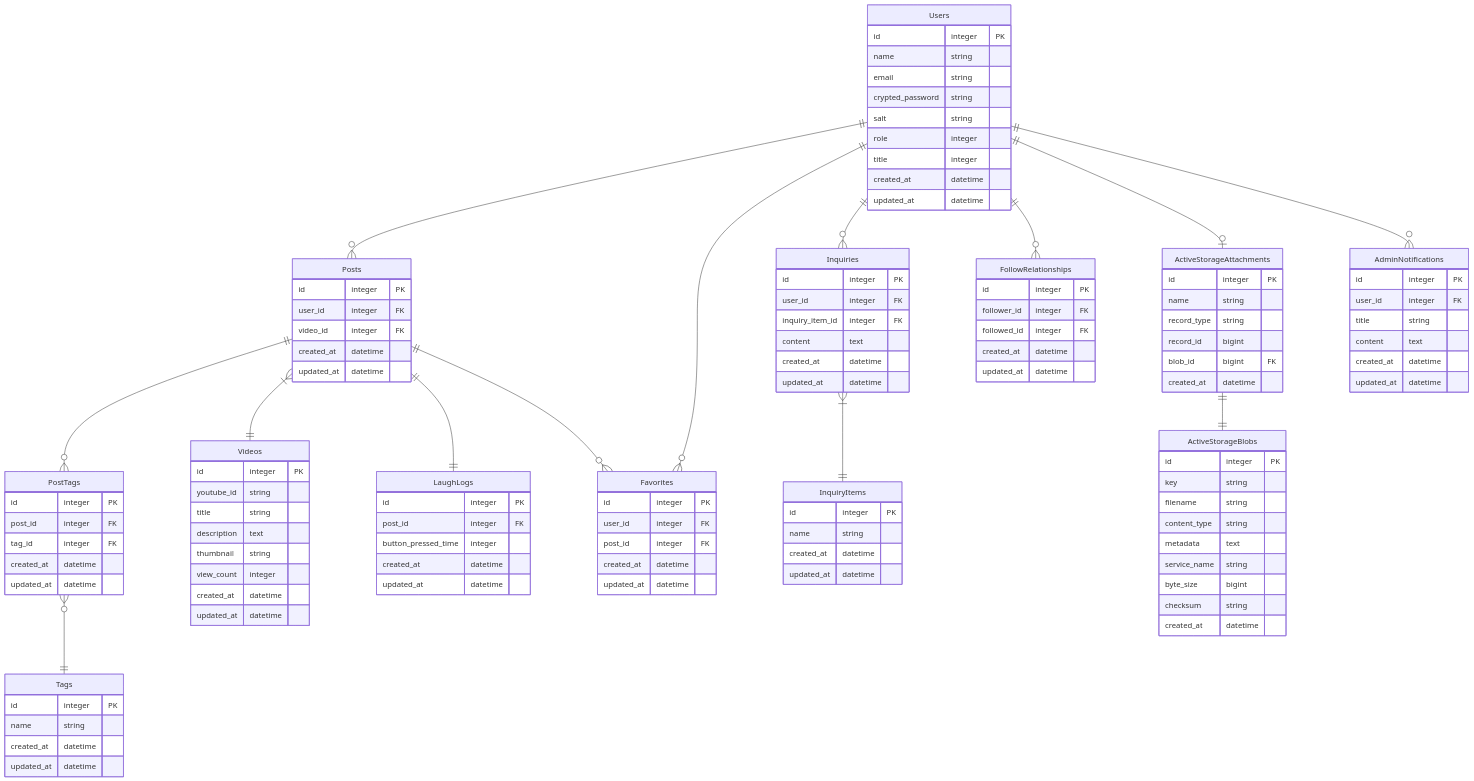
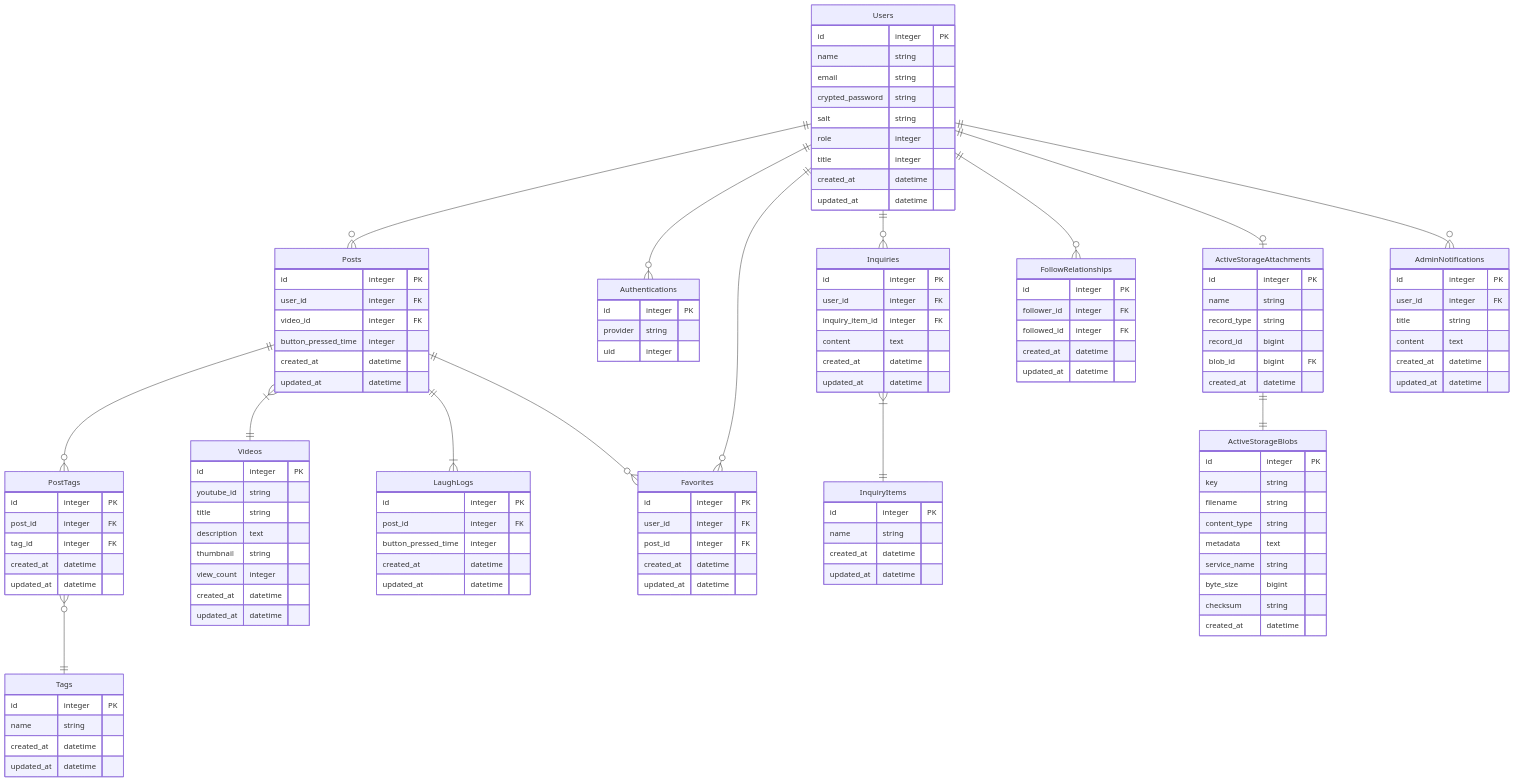
The diagram in README.md (y-takagiiii/netalog), drawn with Mermaid before and after one commit. The commit also changed 1 other file, not shown here.

Commit message:
cahnge: ER図を修正

````diff
--- a/README.md
+++ b/README.md
@@ -58,10 +58,11 @@
 ```mermaid
 erDiagram
   Users ||--o{ Posts : ""
+  Users ||--o{ Authentications : ""
   Posts ||--o{ PostTags : ""
   PostTags }o--|| Tags : ""
   Posts }|--|| Videos : ""
-  Posts ||--|| LaughLogs : ""
+	Posts ||--|{ LaughLogs : ""
   Users ||--o{ Favorites : ""
   Posts ||--o{ Favorites : ""
   Users ||--o{ Inquiries : ""
@@ -83,10 +84,17 @@
     updated_at datetime
   }
 
+  Authentications {
+    id integer PK
+    provider string
+    uid integer
+  }
+
   Posts {
     id integer PK
     user_id integer FK
     video_id integer FK
+    button_pressed_time integer
     created_at datetime
     updated_at datetime
   }
````
